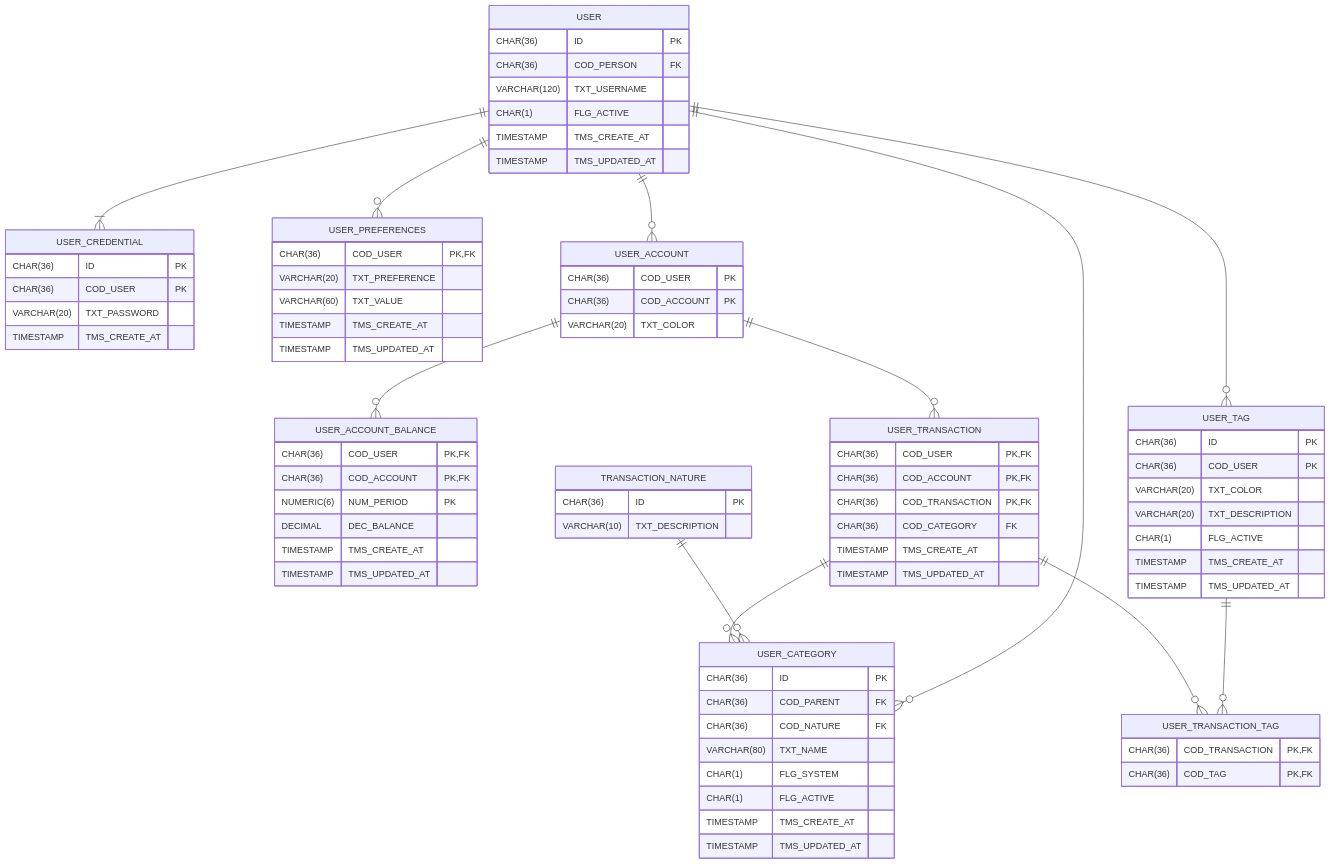
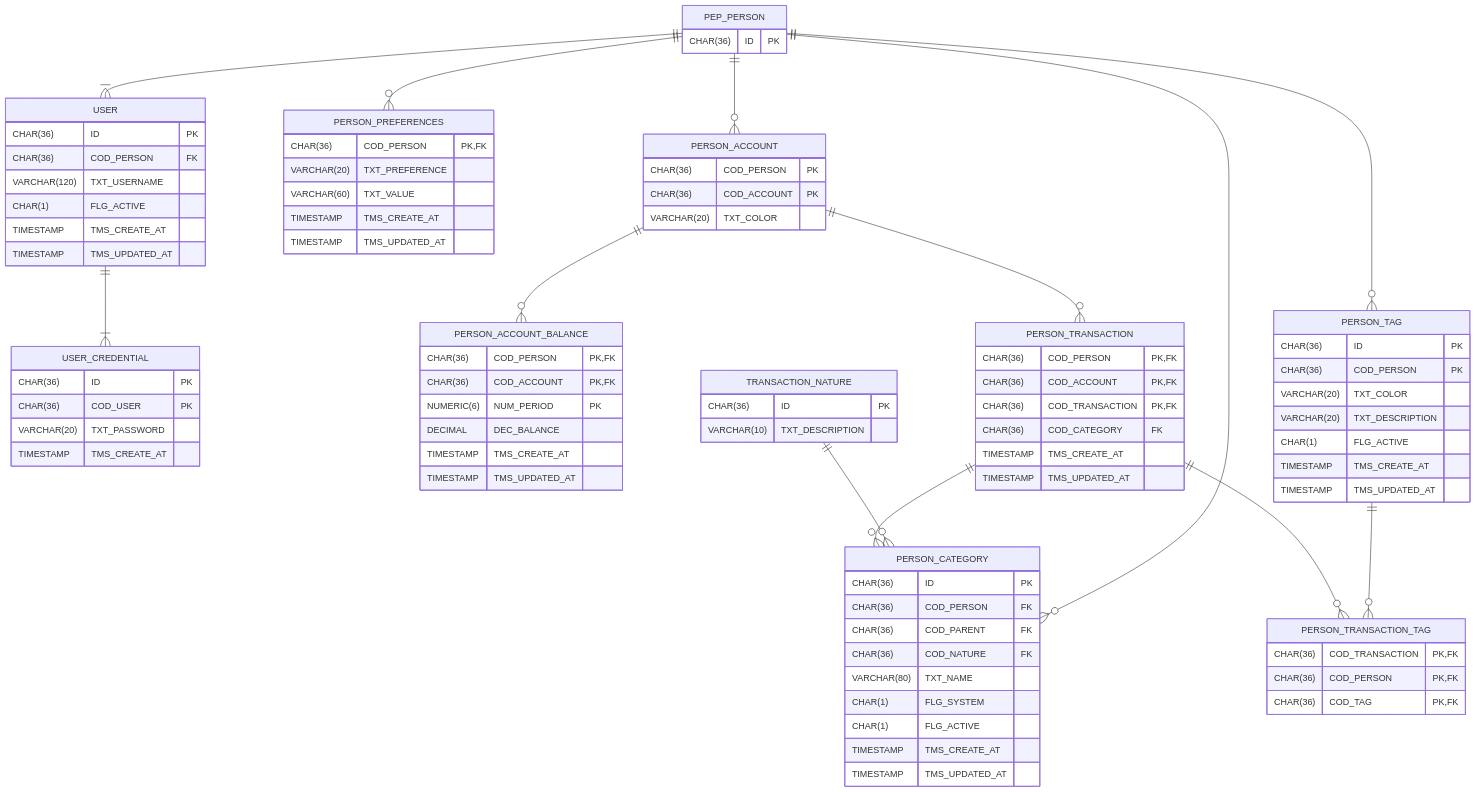
One commit to bkaraujo/cdb-judas changed the diagram in docs/db-features.mermaid. Above: the diagram before and after it, drawn with Mermaid. The commit also changed 53 other files, not shown here.

First line of the commit message:
refactor(user): rename `userId` to `personId` and update references across the codebase

```diff
--- a/docs/db-features.mermaid
+++ b/docs/db-features.mermaid
@@ -1,98 +1,106 @@
- erDiagram
+erDiagram
+
+    PEP_PERSON {
+        CHAR(36) ID PK
+    }
 
     USER {
         CHAR(36) ID PK
         CHAR(36) COD_PERSON FK
         VARCHAR(120) TXT_USERNAME
         CHAR(1) FLG_ACTIVE
         TIMESTAMP TMS_CREATE_AT
         TIMESTAMP TMS_UPDATED_AT
     }
+
+    PEP_PERSON ||--|{ USER : ""
 
 %% Last 5 user's password
     USER_CREDENTIAL {
         CHAR(36) ID PK
         CHAR(36) COD_USER PK
         VARCHAR(20) TXT_PASSWORD
         TIMESTAMP TMS_CREATE_AT
     }
 
     USER ||--|{ USER_CREDENTIAL : ""
 
-    USER_PREFERENCES {
-        CHAR(36) COD_USER PK, FK
+    PERSON_PREFERENCES {
+        CHAR(36) COD_PERSON PK, FK
         VARCHAR(20) TXT_PREFERENCE
         VARCHAR(60) TXT_VALUE
         TIMESTAMP TMS_CREATE_AT
         TIMESTAMP TMS_UPDATED_AT
     }
-    USER ||--o{ USER_PREFERENCES : ""
+    PEP_PERSON ||--o{ PERSON_PREFERENCES : ""
 
-    USER_ACCOUNT {
-        CHAR(36) COD_USER PK
+    PERSON_ACCOUNT {
+        CHAR(36) COD_PERSON PK
         CHAR(36) COD_ACCOUNT PK
         VARCHAR(20) TXT_COLOR
     }
 
-    USER ||--o{ USER_ACCOUNT : ""
+    PEP_PERSON ||--o{ PERSON_ACCOUNT : ""
 
-    USER_ACCOUNT_BALANCE {
-        CHAR(36) COD_USER PK, FK
+    PERSON_ACCOUNT_BALANCE {
+        CHAR(36) COD_PERSON PK, FK
         CHAR(36) COD_ACCOUNT PK, FK
         NUMERIC(6) NUM_PERIOD PK
         DECIMAL DEC_BALANCE
         TIMESTAMP TMS_CREATE_AT
         TIMESTAMP TMS_UPDATED_AT
     }
 
-    USER_ACCOUNT ||--o{ USER_ACCOUNT_BALANCE : ""
+    PERSON_ACCOUNT ||--o{ PERSON_ACCOUNT_BALANCE : ""
 
-    USER_TAG {
+    PERSON_TAG {
         CHAR(36) ID PK
-        CHAR(36) COD_USER PK
+        CHAR(36) COD_PERSON PK
         VARCHAR(20) TXT_COLOR
         VARCHAR(20) TXT_DESCRIPTION
         CHAR(1) FLG_ACTIVE
         TIMESTAMP TMS_CREATE_AT
         TIMESTAMP TMS_UPDATED_AT
     }
-    USER ||--o{ USER_TAG : ""
+    PEP_PERSON ||--o{ PERSON_TAG : ""
 
 %% EXPENSE, INCOME
     TRANSACTION_NATURE {
         CHAR(36) ID PK
         VARCHAR(10) TXT_DESCRIPTION
     }
 
-    USER_CATEGORY {
+    PERSON_CATEGORY {
         CHAR(36) ID PK
+        CHAR(36) COD_PERSON FK
         CHAR(36) COD_PARENT FK
         CHAR(36) COD_NATURE FK
         VARCHAR(80) TXT_NAME
         CHAR(1) FLG_SYSTEM
         CHAR(1) FLG_ACTIVE
         TIMESTAMP TMS_CREATE_AT
         TIMESTAMP TMS_UPDATED_AT
     }
 
-    USER ||--o{ USER_CATEGORY : ""
-    TRANSACTION_NATURE ||--o{ USER_CATEGORY : ""
+    PEP_PERSON ||--o{ PERSON_CATEGORY : ""
+    TRANSACTION_NATURE ||--o{ PERSON_CATEGORY : ""
 
-    USER_TRANSACTION {
-        CHAR(36) COD_USER PK, FK
+    PERSON_TRANSACTION {
+        CHAR(36) COD_PERSON PK, FK
         CHAR(36) COD_ACCOUNT PK, FK
         CHAR(36) COD_TRANSACTION PK, FK
         CHAR(36) COD_CATEGORY FK
         TIMESTAMP TMS_CREATE_AT
         TIMESTAMP TMS_UPDATED_AT
     }
 
-     USER_ACCOUNT ||--o{ USER_TRANSACTION: ""
-     USER_TRANSACTION ||--o{ USER_CATEGORY : ""
+     PERSON_ACCOUNT ||--o{ PERSON_TRANSACTION: ""
+     PERSON_TRANSACTION ||--o{ PERSON_CATEGORY : ""
 
-    USER_TRANSACTION_TAG {
+    PERSON_TRANSACTION_TAG {
         CHAR(36) COD_TRANSACTION PK, FK
+        CHAR(36) COD_PERSON PK, FK
         CHAR(36) COD_TAG PK, FK
     }
-    USER_TAG ||--o{ USER_TRANSACTION_TAG : ""
-    USER_TRANSACTION ||--o{ USER_TRANSACTION_TAG : ""
+    PERSON_TAG ||--o{ PERSON_TRANSACTION_TAG : ""
+    PERSON_TRANSACTION ||--o{ PERSON_TRANSACTION_TAG : ""
```
